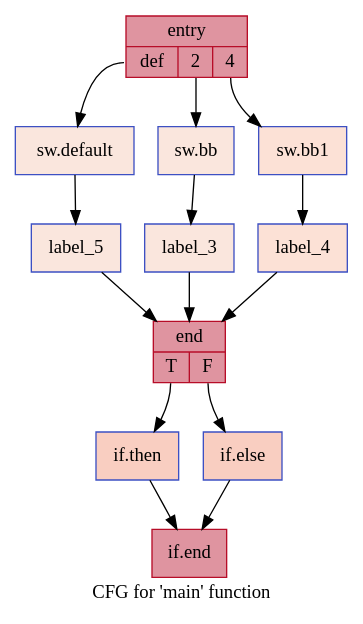
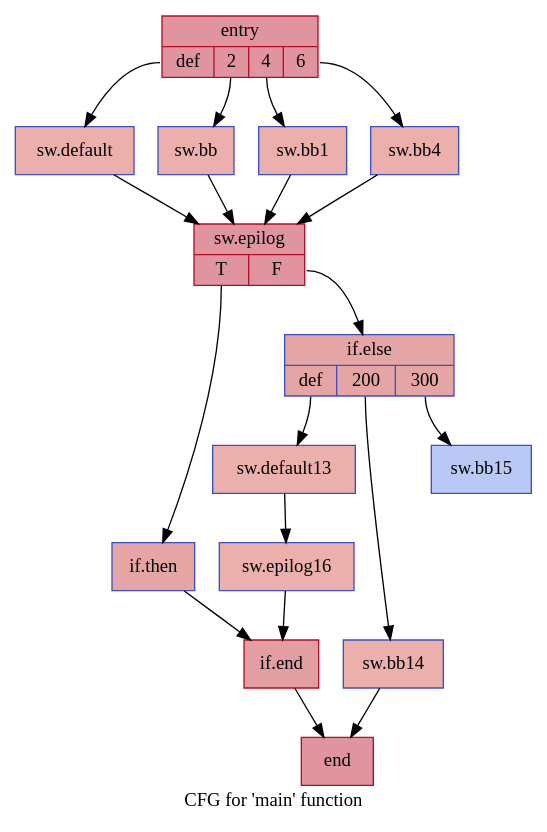
One commit to HPSSA-LLVM/HPSSA-LLVM changed the diagram in IR/cfg/stripped.dot. Above: the diagram before and after it, drawn with Graphviz. The commit also changed 15 other files, not shown here.

```diff
--- a/IR/cfg/stripped.dot
+++ b/IR/cfg/stripped.dot
@@ -1,28 +1,36 @@
 digraph "CFG for 'main' function" {
 	label="CFG for 'main' function";
 
-	Node0x561de8d13880 [shape=record,color="#b70d28ff", style=filled, fillcolor="#b70d2870",label="{entry|{<s0>def|<s1>2|<s2>4}}"];
-	Node0x561de8d13880:s0 -> Node0x561de8d13de0;
-	Node0x561de8d13880:s1 -> Node0x561de8d13e60;
-	Node0x561de8d13880:s2 -> Node0x561de8d13f00;
-	Node0x561de8d13e60 [shape=record,color="#3d50c3ff", style=filled, fillcolor="#f3c7b170",label="{sw.bb}"];
-	Node0x561de8d13e60 -> Node0x561de8d14090;
-	Node0x561de8d13f00 [shape=record,color="#3d50c3ff", style=filled, fillcolor="#f7bca170",label="{sw.bb1}"];
-	Node0x561de8d13f00 -> Node0x561de8d14170;
-	Node0x561de8d13de0 [shape=record,color="#3d50c3ff", style=filled, fillcolor="#f3c7b170",label="{sw.default}"];
-	Node0x561de8d13de0 -> Node0x561de8d14250;
-	Node0x561de8d14090 [shape=record,color="#3d50c3ff", style=filled, fillcolor="#f3c7b170",label="{label_3}"];
-	Node0x561de8d14090 -> Node0x561de8d14410;
-	Node0x561de8d14170 [shape=record,color="#3d50c3ff", style=filled, fillcolor="#f7bca170",label="{label_4}"];
-	Node0x561de8d14170 -> Node0x561de8d14410;
-	Node0x561de8d14250 [shape=record,color="#3d50c3ff", style=filled, fillcolor="#f3c7b170",label="{label_5}"];
-	Node0x561de8d14250 -> Node0x561de8d14410;
-	Node0x561de8d14410 [shape=record,color="#b70d28ff", style=filled, fillcolor="#b70d2870",label="{end|{<s0>T|<s1>F}}"];
-	Node0x561de8d14410:s0 -> Node0x561de8d14dc0;
-	Node0x561de8d14410:s1 -> Node0x561de8d14e30;
-	Node0x561de8d14dc0 [shape=record,color="#3d50c3ff", style=filled, fillcolor="#f2907270",label="{if.then}"];
-	Node0x561de8d14dc0 -> Node0x561de8d15030;
-	Node0x561de8d14e30 [shape=record,color="#3d50c3ff", style=filled, fillcolor="#f2907270",label="{if.else}"];
-	Node0x561de8d14e30 -> Node0x561de8d15030;
-	Node0x561de8d15030 [shape=record,color="#b70d28ff", style=filled, fillcolor="#b70d2870",label="{if.end}"];
+	Node0x559c07acd060 [shape=record,color="#b70d28ff", style=filled, fillcolor="#b70d2870",label="{entry|{<s0>def|<s1>2|<s2>4|<s3>6}}"];
+	Node0x559c07acd060:s0 -> Node0x559c07acd4a0;
+	Node0x559c07acd060:s1 -> Node0x559c07acd5b0;
+	Node0x559c07acd060:s2 -> Node0x559c07acd6b0;
+	Node0x559c07acd060:s3 -> Node0x559c07acd7b0;
+	Node0x559c07acd5b0 [shape=record,color="#3d50c3ff", style=filled, fillcolor="#d24b4070",label="{sw.bb}"];
+	Node0x559c07acd5b0 -> Node0x559c07acda60;
+	Node0x559c07acd6b0 [shape=record,color="#3d50c3ff", style=filled, fillcolor="#d24b4070",label="{sw.bb1}"];
+	Node0x559c07acd6b0 -> Node0x559c07acda60;
+	Node0x559c07acd7b0 [shape=record,color="#3d50c3ff", style=filled, fillcolor="#d24b4070",label="{sw.bb4}"];
+	Node0x559c07acd7b0 -> Node0x559c07acda60;
+	Node0x559c07acd4a0 [shape=record,color="#3d50c3ff", style=filled, fillcolor="#d24b4070",label="{sw.default}"];
+	Node0x559c07acd4a0 -> Node0x559c07acda60;
+	Node0x559c07acda60 [shape=record,color="#b70d28ff", style=filled, fillcolor="#b70d2870",label="{sw.epilog|{<s0>T|<s1>F}}"];
+	Node0x559c07acda60:s0 -> Node0x559c07acebf0;
+	Node0x559c07acda60:s1 -> Node0x559c07acec60;
+	Node0x559c07acebf0 [shape=record,color="#3d50c3ff", style=filled, fillcolor="#c5333470",label="{if.then}"];
+	Node0x559c07acebf0 -> Node0x559c07acf0a0;
+	Node0x559c07acec60 [shape=record,color="#3d50c3ff", style=filled, fillcolor="#c5333470",label="{if.else|{<s0>def|<s1>200|<s2>300}}"];
+	Node0x559c07acec60:s0 -> Node0x559c07acf310;
+	Node0x559c07acec60:s1 -> Node0x559c07acf3c0;
+	Node0x559c07acec60:s2 -> Node0x559c07acf460;
+	Node0x559c07acf310 [shape=record,color="#3d50c3ff", style=filled, fillcolor="#d24b4070",label="{sw.default13}"];
+	Node0x559c07acf310 -> Node0x559c07acf5f0;
+	Node0x559c07acf3c0 [shape=record,color="#3d50c3ff", style=filled, fillcolor="#d24b4070",label="{sw.bb14}"];
+	Node0x559c07acf3c0 -> Node0x559c07acf6e0;
+	Node0x559c07acf460 [shape=record,color="#3d50c3ff", style=filled, fillcolor="#6282ea70",label="{sw.bb15}"];
+	Node0x559c07acf5f0 [shape=record,color="#3d50c3ff", style=filled, fillcolor="#d24b4070",label="{sw.epilog16}"];
+	Node0x559c07acf5f0 -> Node0x559c07acf0a0;
+	Node0x559c07acf0a0 [shape=record,color="#b70d28ff", style=filled, fillcolor="#be242e70",label="{if.end}"];
+	Node0x559c07acf0a0 -> Node0x559c07acf6e0;
+	Node0x559c07acf6e0 [shape=record,color="#b70d28ff", style=filled, fillcolor="#b70d2870",label="{end}"];
 }
```
